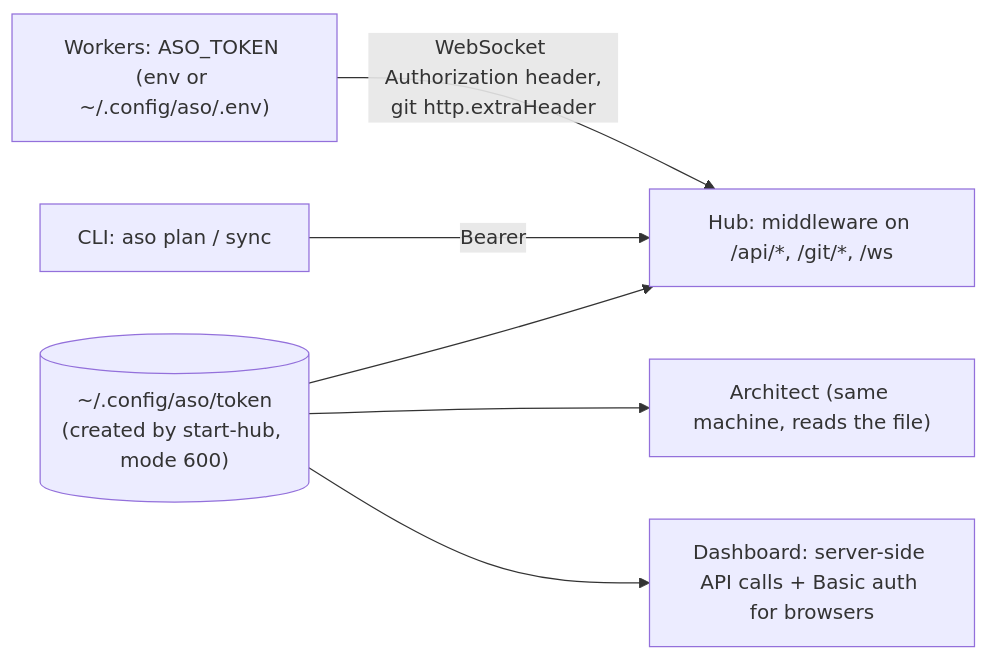
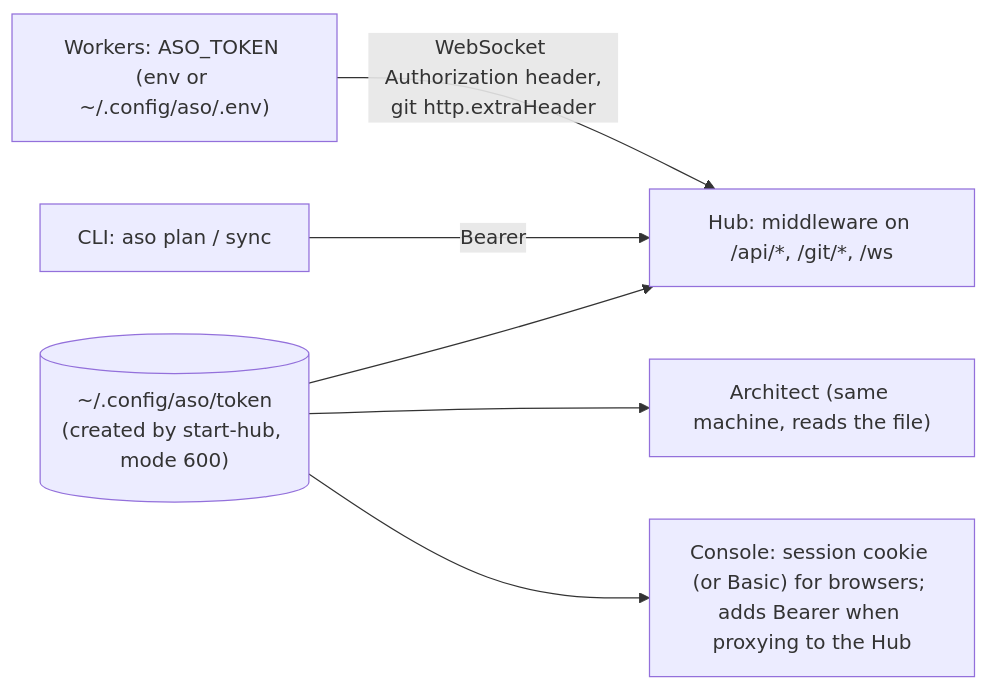
One commit to Sys64k/ai-swarm-orchestrator changed diagram 15 of 16 in ARCHITECTURE.md. Above: the diagram before and after it, drawn with Mermaid. The commit also changed other lines of this file and 28 other files, not shown here.

````diff
--- a/ARCHITECTURE.md
+++ b/ARCHITECTURE.md
@@ -950,9 +982,9 @@
 ```mermaid
 flowchart LR
   T[("~/.config/aso/token<br/>(created by start-hub, mode 600)")]
   T --> HUB["Hub: middleware on /api/*, /git/*, /ws"]
   T --> ARCH["Architect (same machine, reads the file)"]
-  T --> DASH["Dashboard: server-side API calls + Basic auth for browsers"]
+  T --> DASH["Console: session cookie (or Basic) for browsers; adds Bearer when proxying to the Hub"]
   W["Workers: ASO_TOKEN (env or ~/.config/aso/.env)"] -->|"WebSocket Authorization header,<br/>git http.extraHeader"| HUB
   CLI["CLI: aso plan / sync"] -->|Bearer| HUB
 ```
````
